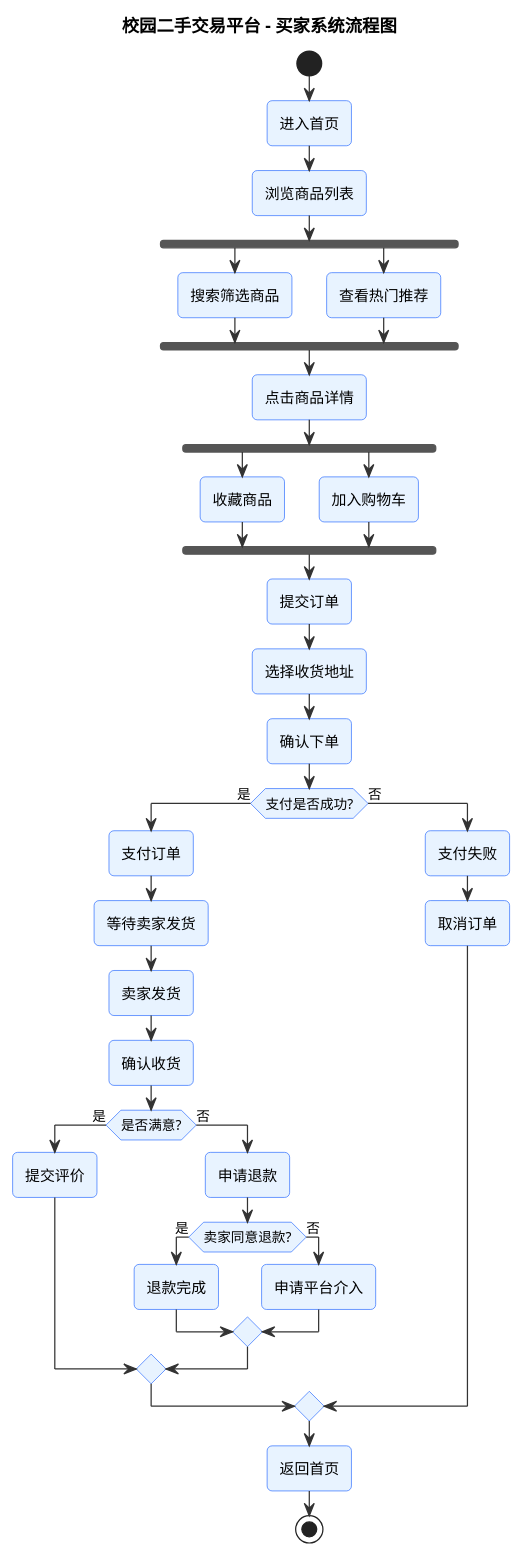
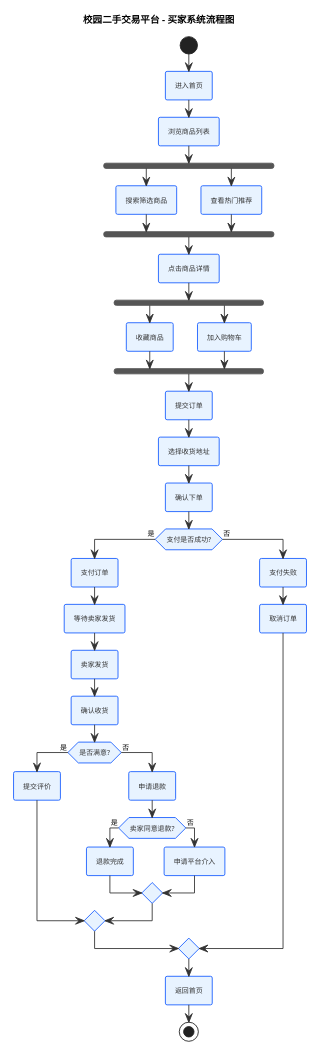
The diagram in docs/flowchart-buyer.puml (RYELOBE/hmapp01), drawn with PlantUML before and after one commit. The commit also changed 2 other files, not shown here.

```diff
--- a/docs/flowchart-buyer.puml
+++ b/docs/flowchart-buyer.puml
@@ -1,70 +1,75 @@
 @startuml
+scale 0.7
 skinparam backgroundColor #FFFFFF
 skinparam shadowing false
-skinparam roundcorner 8
+skinparam roundcorner 4
 skinparam ArrowColor #333
+skinparam ArrowThickness 1
+skinparam Padding 1
+skinparam BoxPadding 2
+skinparam ActivityBorderThickness 1
+skinparam ArrowFontSize 8
+skinparam ActivityFontColor #333
 skinparam Activity {
   BackgroundColor #E8F3FF
   BorderColor #165DFF
+  FontSize 8
 }
 skinparam Diamond {
   BackgroundColor #FF7D00
   BorderColor #FF7D00
+  FontSize 8
 }
 skinparam Start {
   BackgroundColor #00B42A
   BorderColor #00B42A
+  FontSize 9
 }
 skinparam End {
   BackgroundColor #F53F3F
   BorderColor #F53F3F
+  FontSize 9
 }
+skinparam TitleFontSize 11
 
 title 校园二手交易平台 - 买家系统流程图
 
 start
-
 :进入首页;
 :浏览商品列表;
 fork
   :搜索筛选商品;
 fork again
   :查看热门推荐;
 end fork
-
 :点击商品详情;
 fork
   :收藏商品;
 fork again
   :加入购物车;
 end fork
-
 :提交订单;
 :选择收货地址;
 :确认下单;
-
 if (支付是否成功?) then (是)
   :支付订单;
   :等待卖家发货;
   :卖家发货;
   :确认收货;
   if (是否满意?) then (是)
     :提交评价;
   else (否)
     :申请退款;
     if (卖家同意退款?) then (是)
       :退款完成;
     else (否)
       :申请平台介入;
     endif
   endif
 else (否)
   :支付失败;
   :取消订单;
 endif
-
 :返回首页;
-
 stop
-
 @enduml
```
